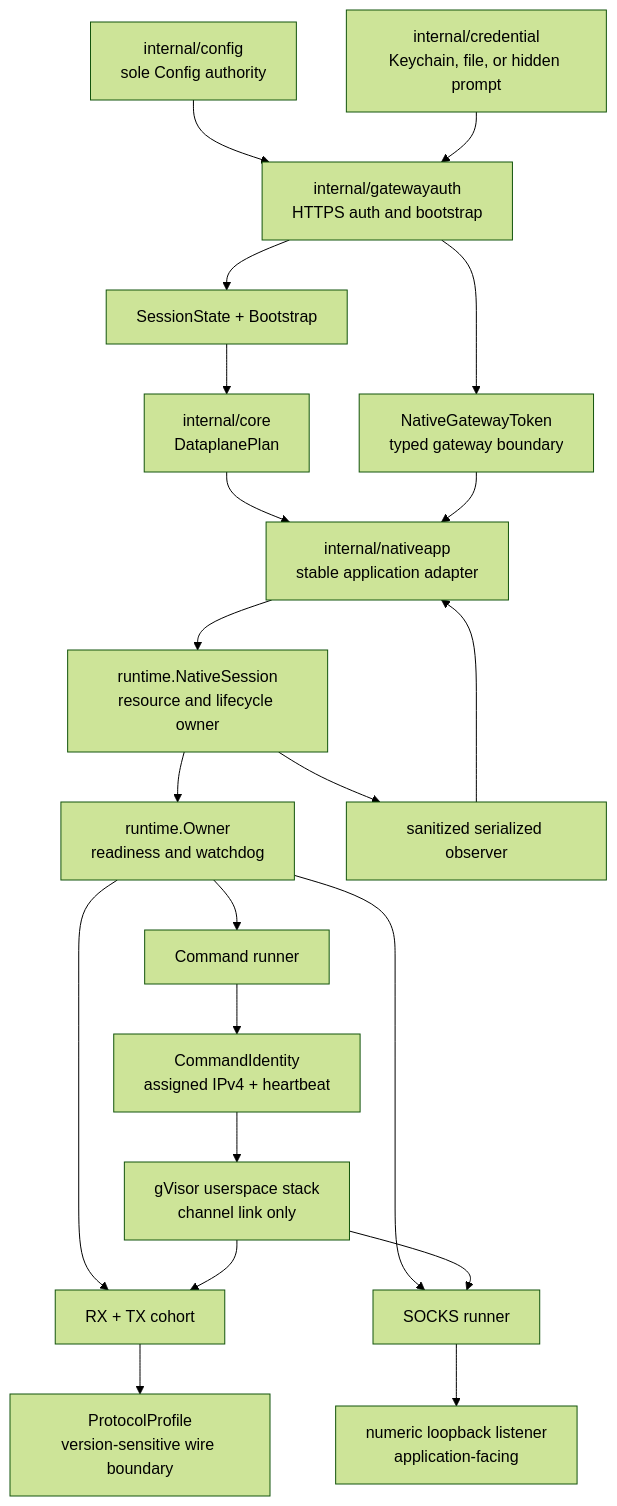
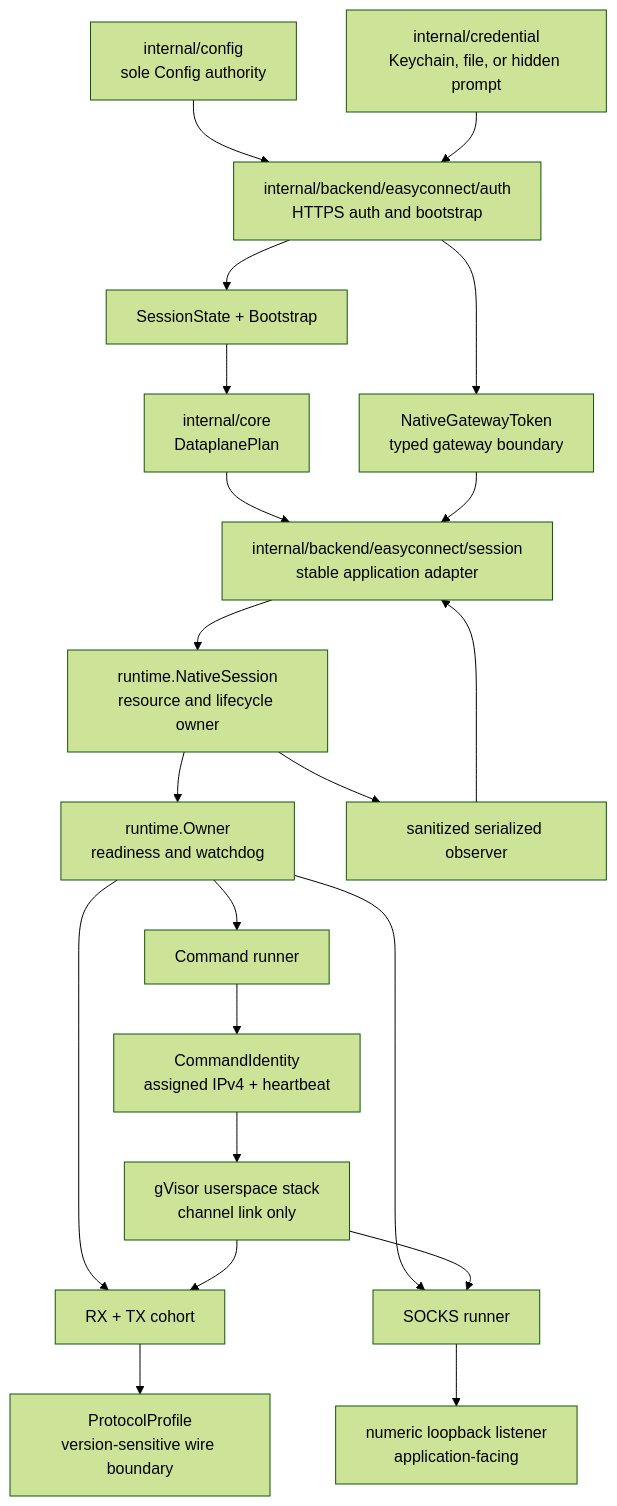
One commit to soundadam/nju-connect changed the diagram in docs/architecture-and-release.md. Above: the diagram before and after it, drawn with Mermaid (forest theme). The commit also changed other lines of this file and 18 other files, not shown here.

First line of the commit message:
refactor: move EasyConnect packages under internal/backend

````diff
--- a/docs/architecture-and-release.md
+++ b/docs/architecture-and-release.md
@@ -9,23 +9,23 @@
 ```mermaid
 flowchart TD
-    cfg["internal/config\nsole Config authority"] --> auth["internal/gatewayauth\nHTTPS auth and bootstrap"]
+    cfg["internal/config\nsole Config authority"] --> auth["internal/backend/easyconnect/auth\nHTTPS auth and bootstrap"]
     cred["internal/credential\nKeychain, file, or hidden prompt"] --> auth
     auth --> state["SessionState + Bootstrap"]
     state --> plan["internal/core\nDataplanePlan"]
     auth --> token["NativeGatewayToken\ntyped gateway boundary"]
-    plan --> app["internal/nativeapp\nstable application adapter"]
+    plan --> app["internal/backend/easyconnect/session\nstable application adapter"]
     token --> app
     app --> session["runtime.NativeSession\nresource and lifecycle owner"]
     session --> owner["runtime.Owner\nreadiness and watchdog"]
     owner --> command["Command runner"]
     owner --> cohort["RX + TX cohort"]
     owner --> socks["SOCKS runner"]
     command --> identity["CommandIdentity\nassigned IPv4 + heartbeat"]
     identity --> userspace["gVisor userspace stack\nchannel link only"]
     userspace --> cohort
     userspace --> socks
     cohort --> profile["ProtocolProfile\nversion-sensitive wire boundary"]
     socks --> loopback["numeric loopback listener\napplication-facing"]
     session --> observer["sanitized serialized observer"]
     observer --> app
 ```
````
